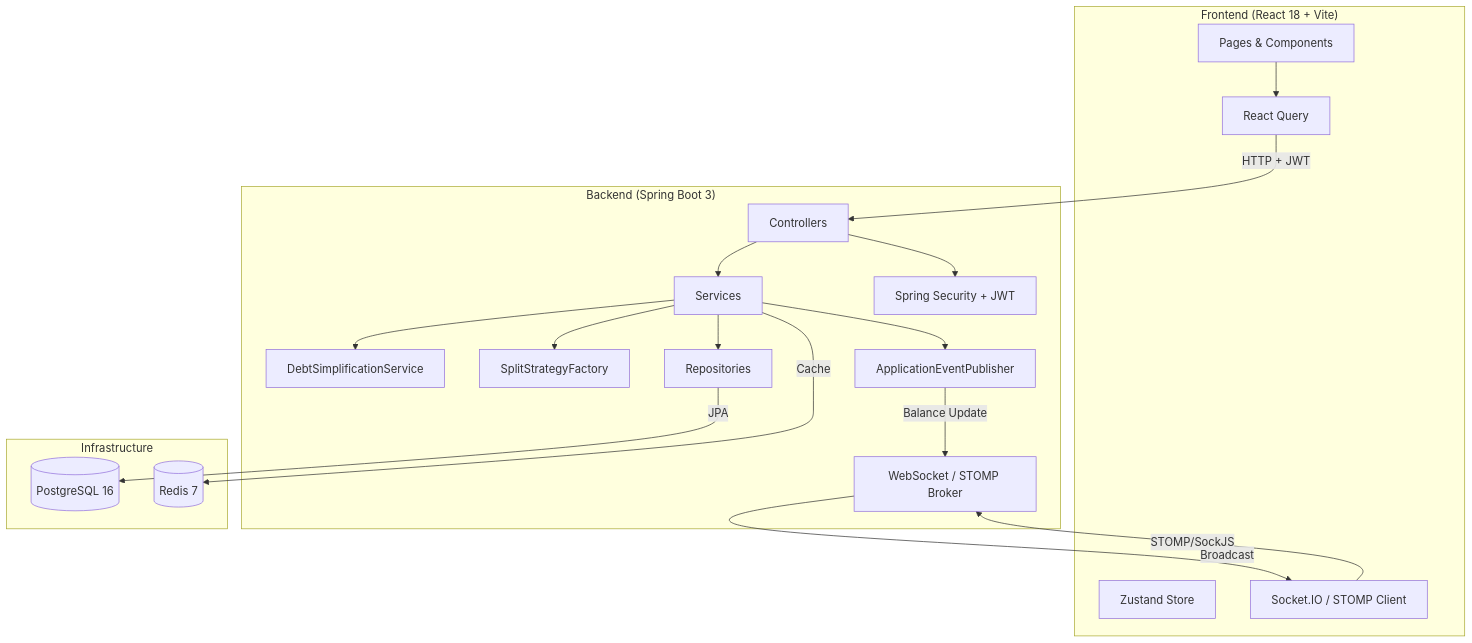
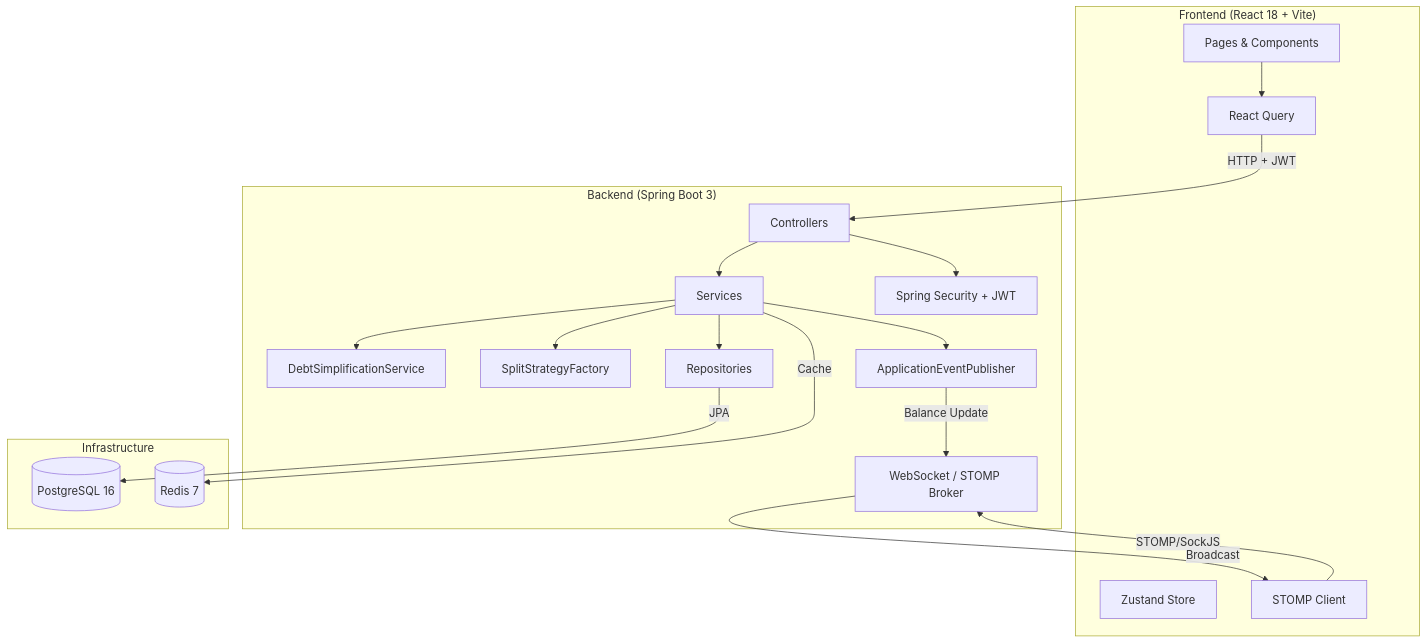
Before and after one commit to tutu82430-alt/SettleUP: the diagram in README.md, drawn with Mermaid. The commit also changed other lines of this file and 5 other files, not shown here.

````diff
--- a/README.md
+++ b/README.md
@@ -157,41 +172,41 @@
 ```mermaid
 graph TB
     subgraph Frontend["Frontend (React 18 + Vite)"]
         UI[Pages & Components]
         RQ[React Query]
         ZS[Zustand Store]
-        WS_CLIENT[Socket.IO / STOMP Client]
+        WS_CLIENT[STOMP Client]
     end
 
     subgraph Backend["Backend (Spring Boot 3)"]
         CTRL[Controllers]
         SVC[Services]
         ALGO[DebtSimplificationService]
         SPLIT[SplitStrategyFactory]
         REPO[Repositories]
         WS_SERVER[WebSocket / STOMP Broker]
         SEC[Spring Security + JWT]
         EVT[ApplicationEventPublisher]
     end
 
     subgraph Infra["Infrastructure"]
         PG[(PostgreSQL 16)]
         REDIS[(Redis 7)]
     end
 
     UI --> RQ
     RQ -->|HTTP + JWT| CTRL
     WS_CLIENT -->|STOMP/SockJS| WS_SERVER
 
     CTRL --> SVC
     SVC --> ALGO
     SVC --> SPLIT
     SVC --> REPO
     SVC --> EVT
     EVT -->|Balance Update| WS_SERVER
     WS_SERVER -->|Broadcast| WS_CLIENT
 
     CTRL --> SEC
     REPO -->|JPA| PG
     SVC -->|Cache| REDIS
 ```
````
